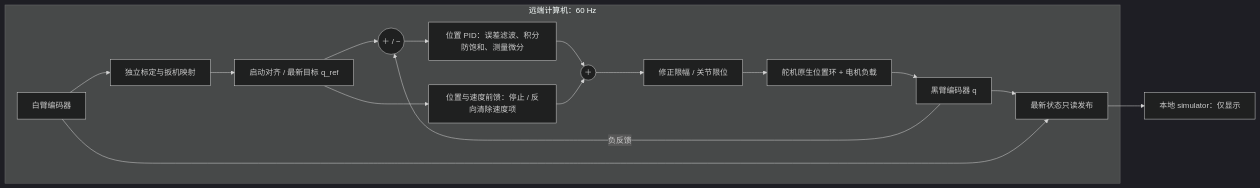
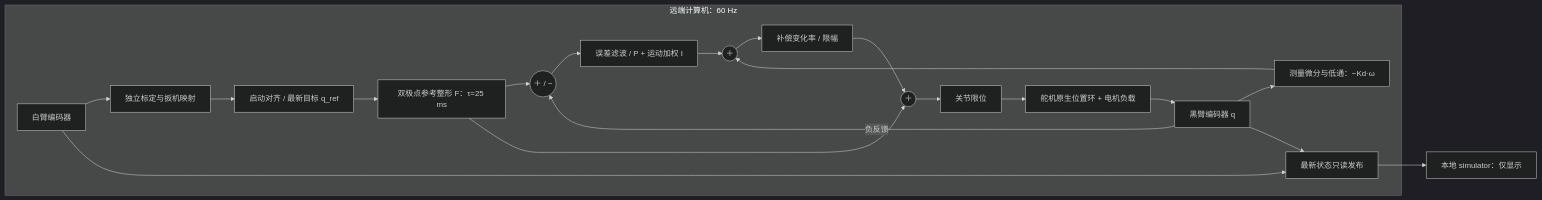
The diagram in docs/lerobot-control.md (shawLyu/LeRobot), drawn with Mermaid (dark theme) before and after one commit. The commit also changed other lines of this file and 45 other files, not shown here.

````diff
--- a/docs/lerobot-control.md
+++ b/docs/lerobot-control.md
@@ -136,19 +141,23 @@
 ```mermaid
 flowchart LR
   subgraph R[远端计算机：60 Hz]
     L[白臂编码器] --> M[独立标定与扳机映射]
     M --> A[启动对齐 / 最新目标 q_ref]
-    A --> S((＋ / −))
-    S --> PID[位置 PID：误差滤波、积分防饱和、测量微分]
-    A --> FF[位置与速度前馈：停止 / 反向清除速度项]
-    PID --> SUM((＋))
-    FF --> SUM
-    SUM --> LIMIT[修正限幅 / 关节限位]
+    A --> F[双极点参考整形 F：τ=25 ms]
+    F --> S((＋ / −))
+    S --> PID[误差滤波 / P + 运动加权 I]
+    Q --> D[测量微分与低通：−Kd·ω]
+    D --> C((＋))
+    PID --> C
+    C --> B[补偿变化率 / 限幅]
+    B --> SUM((＋))
+    F --> SUM
+    SUM --> LIMIT[关节限位]
     LIMIT --> N[舵机原生位置环 + 电机负载]
     N --> Q[黑臂编码器 q]
     Q -->|负反馈| S
     Q --> T[最新状态只读发布]
     L --> T
   end
   T --> V[本地 simulator：仅显示]
 ```
````
